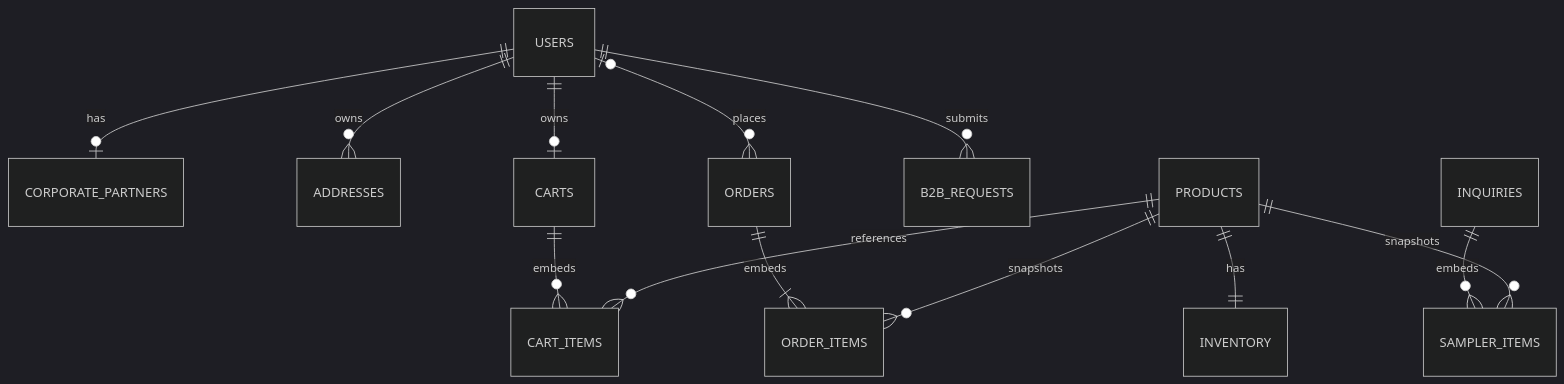
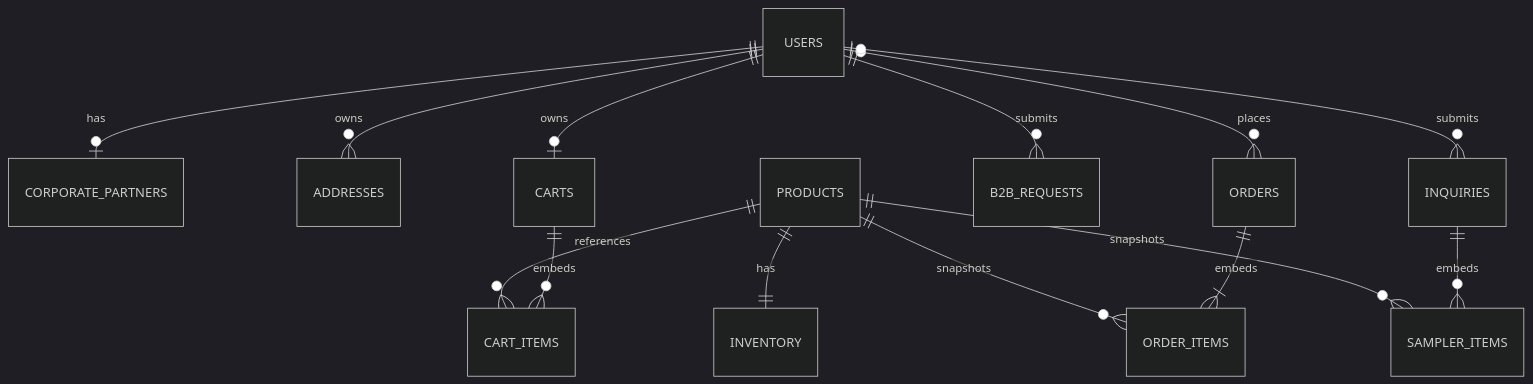
One commit to tambevarad/solcacao changed the diagram in docs/phase1/erd.mmd. Above: the diagram before and after it, drawn with Mermaid (dark theme). The commit also changed 3 other files, not shown here.

Commit message:
docs: align phase one schema and ERD

```diff
--- a/docs/phase1/erd.mmd
+++ b/docs/phase1/erd.mmd
@@ -1,13 +1,14 @@
 erDiagram
   USERS ||--o| CORPORATE_PARTNERS : has
   USERS ||--o{ ADDRESSES : owns
   USERS ||--o| CARTS : owns
   USERS o|--o{ ORDERS : places
   USERS ||--o{ B2B_REQUESTS : submits
+  USERS o|--o{ INQUIRIES : submits
   PRODUCTS ||--|| INVENTORY : has
   CARTS ||--o{ CART_ITEMS : embeds
   PRODUCTS ||--o{ CART_ITEMS : references
   ORDERS ||--|{ ORDER_ITEMS : embeds
   PRODUCTS ||--o{ ORDER_ITEMS : snapshots
   INQUIRIES ||--o{ SAMPLER_ITEMS : embeds
   PRODUCTS ||--o{ SAMPLER_ITEMS : snapshots
```
